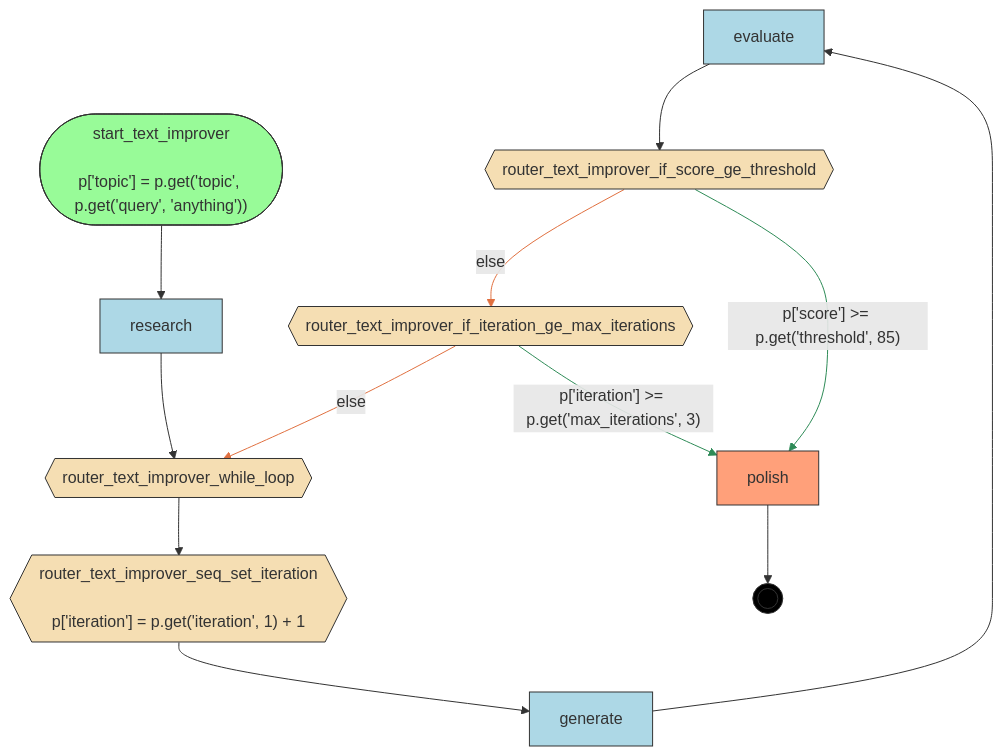
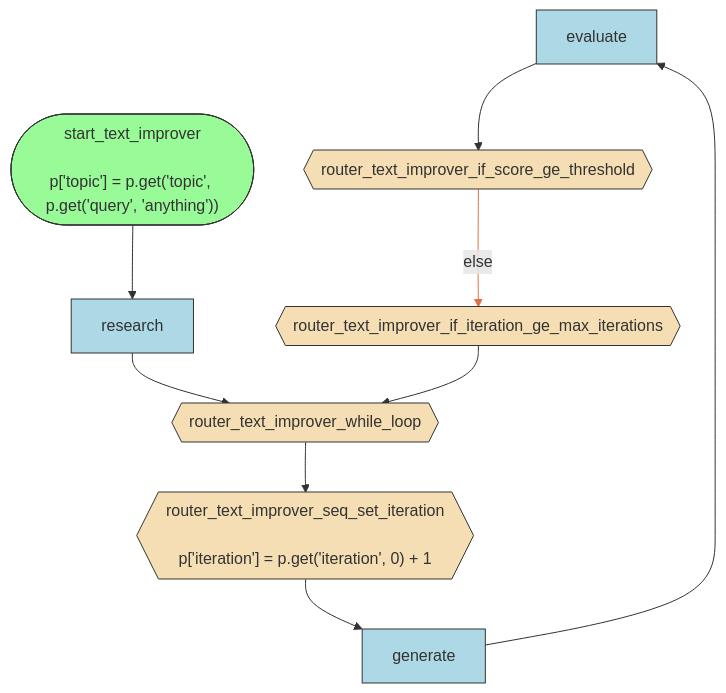
The diagram in examples/demo-kubecon/compiled/text-improver/artifacts/flow.mmd (deliveryhero/asya), drawn with Mermaid before and after one commit. The commit also changed 21 other files, not shown here.

```diff
--- a/examples/demo-kubecon/compiled/text-improver/artifacts/flow.mmd
+++ b/examples/demo-kubecon/compiled/text-improver/artifacts/flow.mmd
@@ -1,38 +1,30 @@
 flowchart TD
     %% Flow: text_improver
 
     evaluate[evaluate]
     generate[generate]
-    polish[polish]
     research[research]
     router_text_improver_if_iteration_ge_max_iterations{{router_text_improver_if_iteration_ge_max_iterations}}
     router_text_improver_if_score_ge_threshold{{router_text_improver_if_score_ge_threshold}}
-    router_text_improver_seq_set_iteration{{"router_text_improver_seq_set_iteration<br/><br/>p['iteration'] = p.get('iteration', 1) + 1"}}
+    router_text_improver_seq_set_iteration{{"router_text_improver_seq_set_iteration<br/><br/>p['iteration'] = p.get('iteration', 0) + 1"}}
     router_text_improver_while_loop{{router_text_improver_while_loop}}
     start_text_improver(["start_text_improver<br/><br/>p['topic'] = p.get('topic', p.get('query', 'anything'))"])
-    __end__((( )))
 
     start_text_improver --> research
     research --> router_text_improver_while_loop
-    router_text_improver_if_iteration_ge_max_iterations -->|"p['iteration'] >= p.get('max_iterations', 3)"| polish
     router_text_improver_if_score_ge_threshold -->|"else"| router_text_improver_if_iteration_ge_max_iterations
-    router_text_improver_if_score_ge_threshold -->|"p['score'] >= p.get('threshold', 85)"| polish
     router_text_improver_seq_set_iteration --> generate
     generate --> evaluate
     evaluate --> router_text_improver_if_score_ge_threshold
     router_text_improver_while_loop --> router_text_improver_seq_set_iteration
-    router_text_improver_if_iteration_ge_max_iterations -->|"else"| router_text_improver_while_loop
-    polish --> __end__
+    router_text_improver_if_iteration_ge_max_iterations --> router_text_improver_while_loop
 
     classDef start fill:#98FB98,stroke:#333
     classDef endnode fill:#FFA07A,stroke:#333
     classDef router fill:#F5DEB3,stroke:#333
     classDef handler fill:#ADD8E6,stroke:#333
     classDef endpoint fill:#000,stroke:#333,color:#fff
     class start_text_improver start
-    class polish endnode
     class router_text_improver_if_iteration_ge_max_iterations,router_text_improver_if_score_ge_threshold,router_text_improver_seq_set_iteration,router_text_improver_while_loop router
     class evaluate,generate,research handler
-    class __end__ endpoint
-    linkStyle 2,4 stroke:#2E8B57
-    linkStyle 3,9 stroke:#E07040
+    linkStyle 2 stroke:#E07040
```
